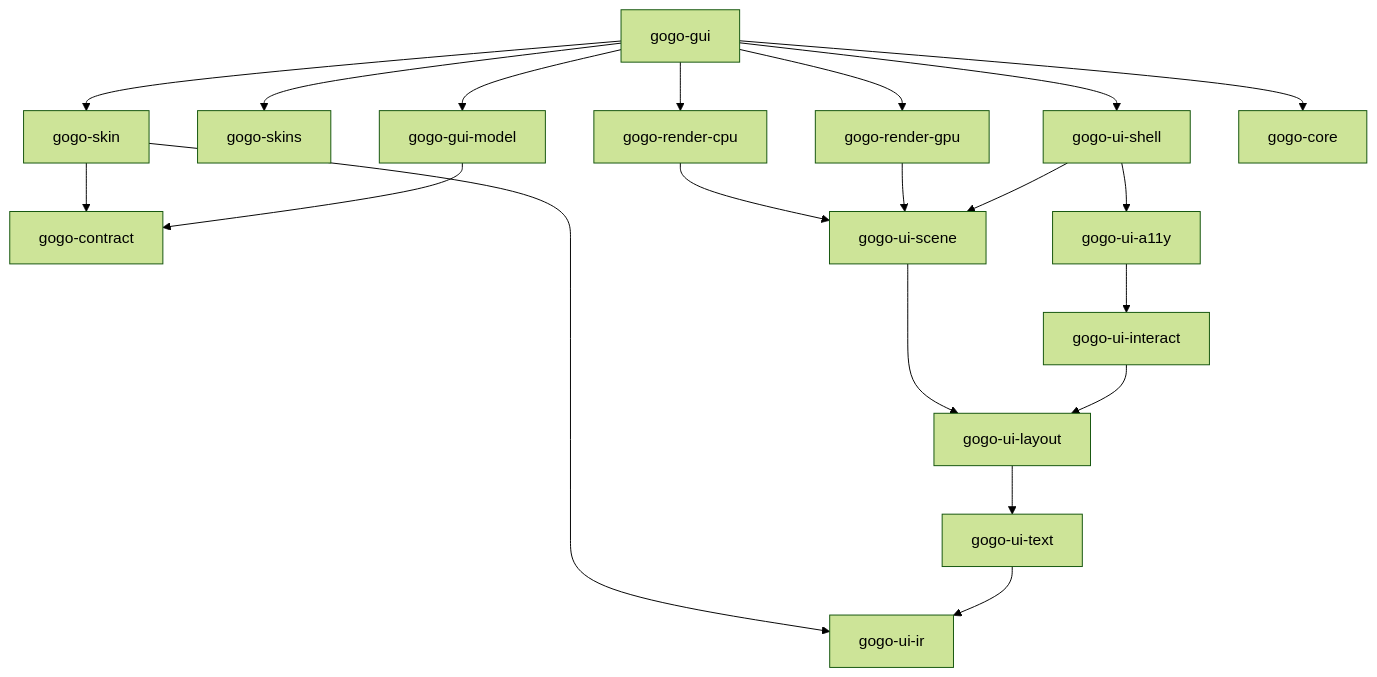
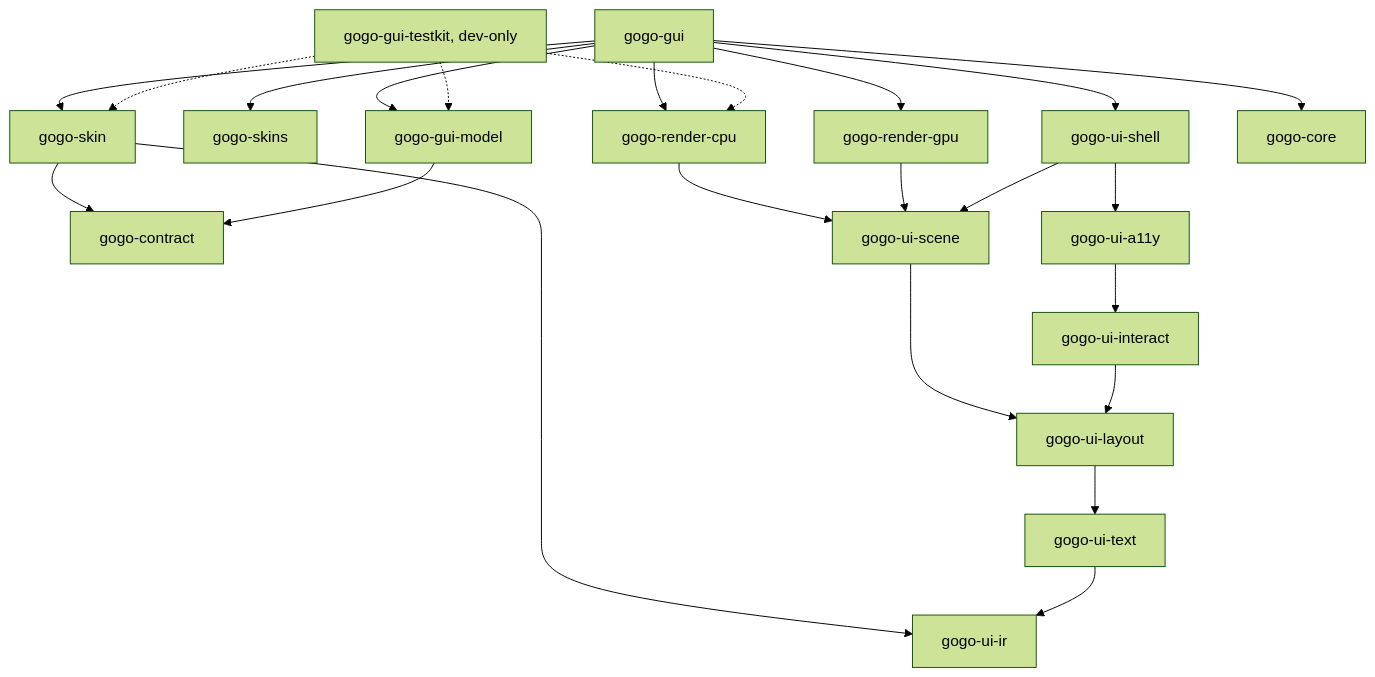
Before and after one commit to noosxe/gogo: the second of 2 diagrams in docs/design/24-gui-architecture.md, drawn with Mermaid (forest theme). The commit also changed other lines of this file and 9 other files, not shown here.

First line of the commit message:
docs: address review of the GUI architecture and app layer

````diff
--- a/docs/design/24-gui-architecture.md
+++ b/docs/design/24-gui-architecture.md
@@ -122,31 +126,33 @@
 ```mermaid
 flowchart TD
   contract[gogo-contract]
   ir[gogo-ui-ir]
   skin[gogo-skin]
   skins[gogo-skins]
   text[gogo-ui-text]
   layout[gogo-ui-layout]
   scene[gogo-ui-scene]
   cpu[gogo-render-cpu]
   gpu[gogo-render-gpu]
   interact[gogo-ui-interact]
   a11y[gogo-ui-a11y]
   shell[gogo-ui-shell]
   model[gogo-gui-model]
   gui[gogo-gui]
   core[gogo-core]
+  tk[gogo-gui-testkit, dev-only]
   skin --> contract
   skin --> ir
   text --> ir
   layout --> text
   scene --> layout
   cpu --> scene
   gpu --> scene
   interact --> layout
   a11y --> interact
   shell --> scene
   shell --> a11y
   model --> contract
   gui --> shell & skin & skins & model & cpu & gpu & core
+  tk -.-> skin & model & cpu
 ```
````
